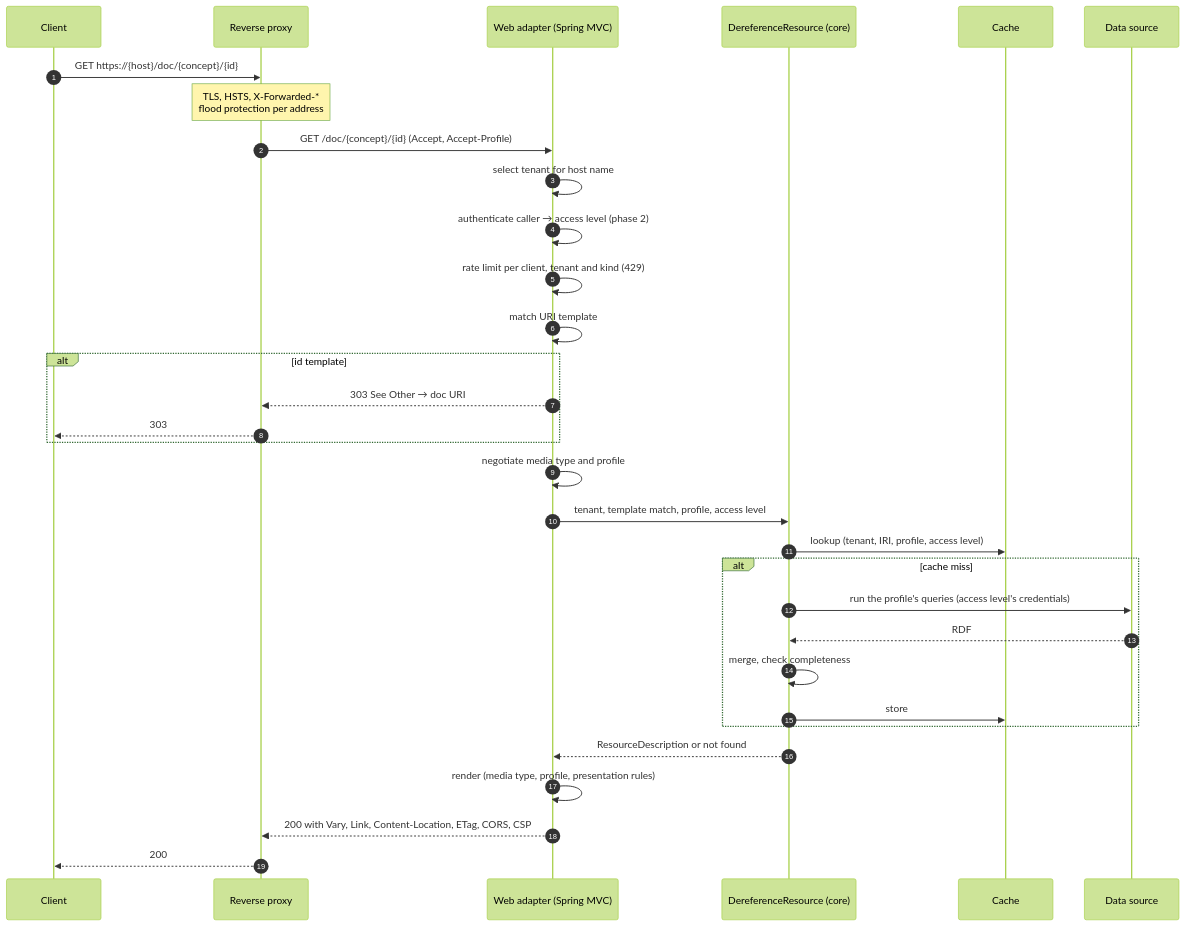
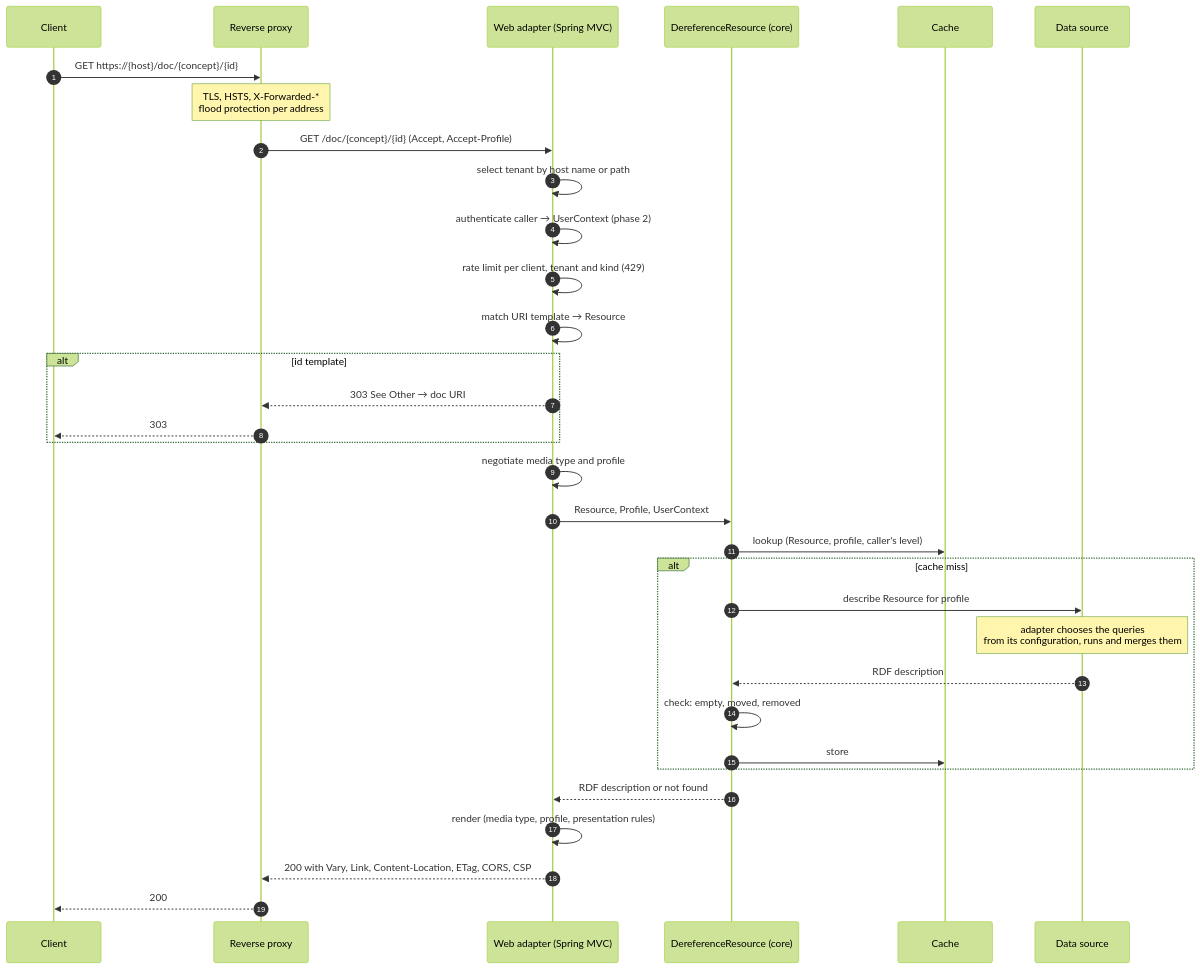
The diagram in docs/analysis/05-architecture/request-flow.md (milieuinfo/SPieGeL), drawn with Mermaid (forest theme) before and after one commit. The commit also changed other lines of this file and 8 other files, not shown here.

````diff
--- a/docs/analysis/05-architecture/request-flow.md
+++ b/docs/analysis/05-architecture/request-flow.md
@@ -17,34 +17,35 @@
 ```mermaid
 sequenceDiagram
     autonumber
     participant C as Client
     participant P as Reverse proxy
     participant W as Web adapter (Spring MVC)
     participant U as DereferenceResource (core)
     participant K as Cache
     participant D as Data source
     C->>P: GET https://{host}/doc/{concept}/{id}
     Note over P: TLS, HSTS, X-Forwarded-*<br/>flood protection per address
     P->>W: GET /doc/{concept}/{id} (Accept, Accept-Profile)
-    W->>W: select tenant for host name
-    W->>W: authenticate caller → access level (phase 2)
+    W->>W: select tenant by host name or path
+    W->>W: authenticate caller → UserContext (phase 2)
     W->>W: rate limit per client, tenant and kind (429)
-    W->>W: match URI template
+    W->>W: match URI template → Resource
     alt id template
         W-->>P: 303 See Other → doc URI
         P-->>C: 303
     end
     W->>W: negotiate media type and profile
-    W->>U: tenant, template match, profile, access level
-    U->>K: lookup (tenant, IRI, profile, access level)
+    W->>U: Resource, Profile, UserContext
+    U->>K: lookup (Resource, profile, caller's level)
     alt cache miss
-        U->>D: run the profile's queries (access level's credentials)
-        D-->>U: RDF
-        U->>U: merge, check completeness
+        U->>D: describe Resource for profile
+        Note over D: adapter chooses the queries<br/>from its configuration, runs and merges them
+        D-->>U: RDF description
+        U->>U: check: empty, moved, removed
         U->>K: store
     end
-    U-->>W: ResourceDescription or not found
+    U-->>W: RDF description or not found
     W->>W: render (media type, profile, presentation rules)
     W-->>P: 200 with Vary, Link, Content-Location, ETag, CORS, CSP
     P-->>C: 200
 ```
````
